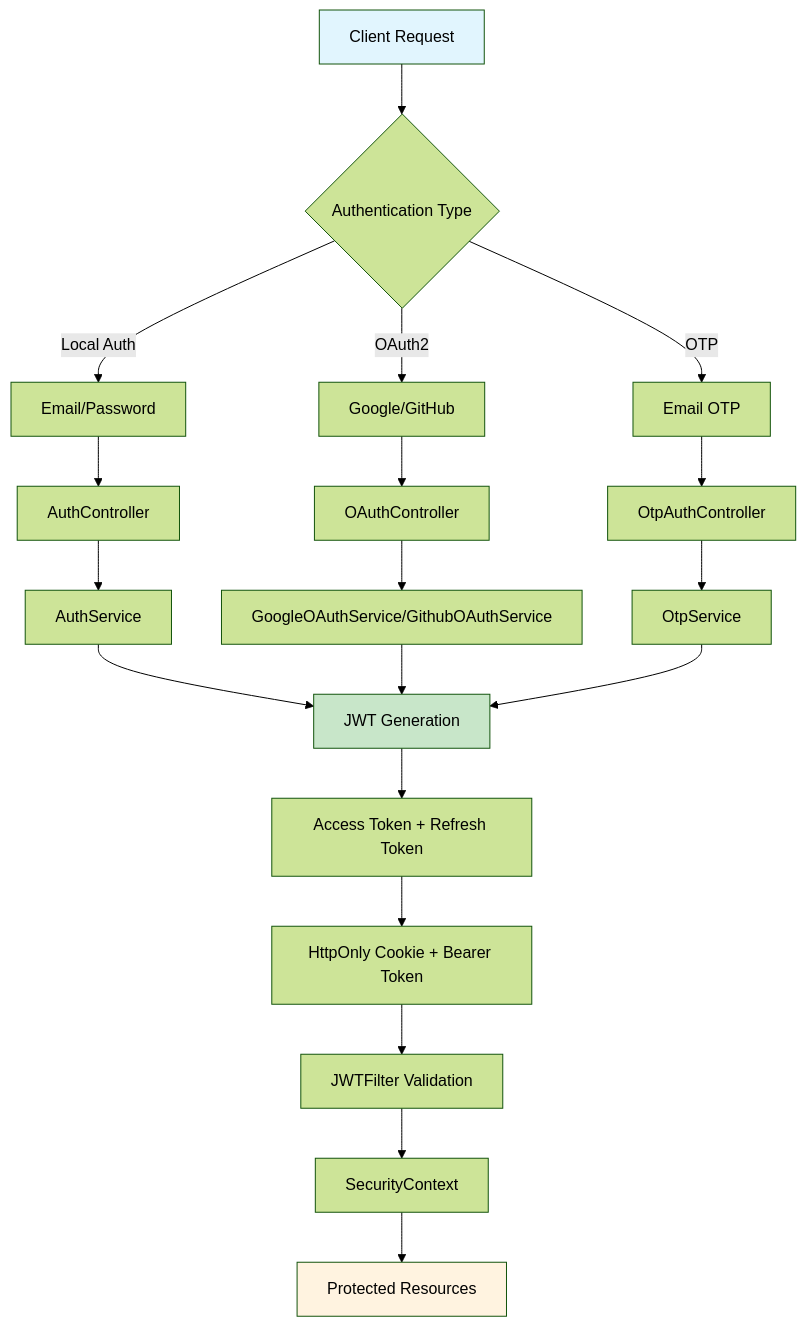
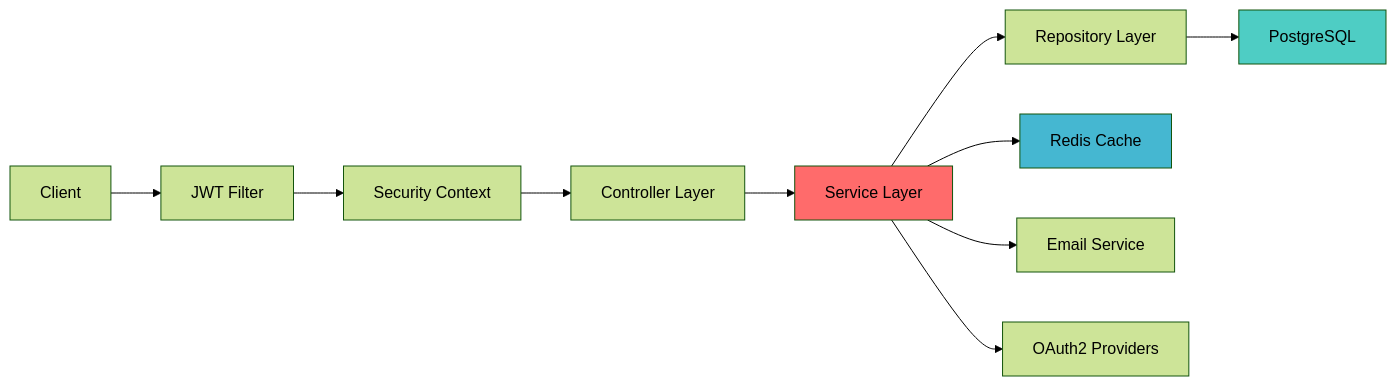
One commit to Get0Suguru/Auth-Bouncer changed the diagram in README.md. Above: the diagram before and after it, drawn with Mermaid (forest theme). The commit also changed other lines of this file and 8 other files, not shown here.

````diff
--- a/README.md
+++ b/README.md
@@ -21,31 +18,17 @@
 ```mermaid
-graph TB
-    A[Client Request] --> B{Authentication Type}
+graph LR
+    A[Client] --> B[JWT Filter]
+    B --> C[Security Context]
+    C --> D[Controller Layer]
+    D --> E[Service Layer]
+    E --> F[Repository Layer]
+    F --> G[PostgreSQL]
     
-    B -->|Local Auth| C[Email/Password]
-    B -->|OAuth2| D[Google/GitHub]
-    B -->|OTP| E[Email OTP]
+    E --> H[Redis Cache]
+    E --> I[Email Service]
+    E --> J[OAuth2 Providers]
     
-    C --> F[AuthController]
-    D --> G[OAuthController]
-    E --> H[OtpAuthController]
-    
-    F --> I[AuthService]
-    G --> J[GoogleOAuthService/GithubOAuthService]
-    H --> K[OtpService]
-    
-    I --> L[JWT Generation]
-    J --> L
-    K --> L
-    
-    L --> M[Access Token + Refresh Token]
-    M --> N[HttpOnly Cookie + Bearer Token]
-    
-    N --> O[JWTFilter Validation]
-    O --> P[SecurityContext]
-    P --> Q[Protected Resources]
-    
-    style A fill:#e1f5fe
-    style L fill:#c8e6c9
-    style Q fill:#fff3e0
+    style E fill:#ff6b6b
+    style G fill:#4ecdc4
+    style H fill:#45b7d1
 ```
````
